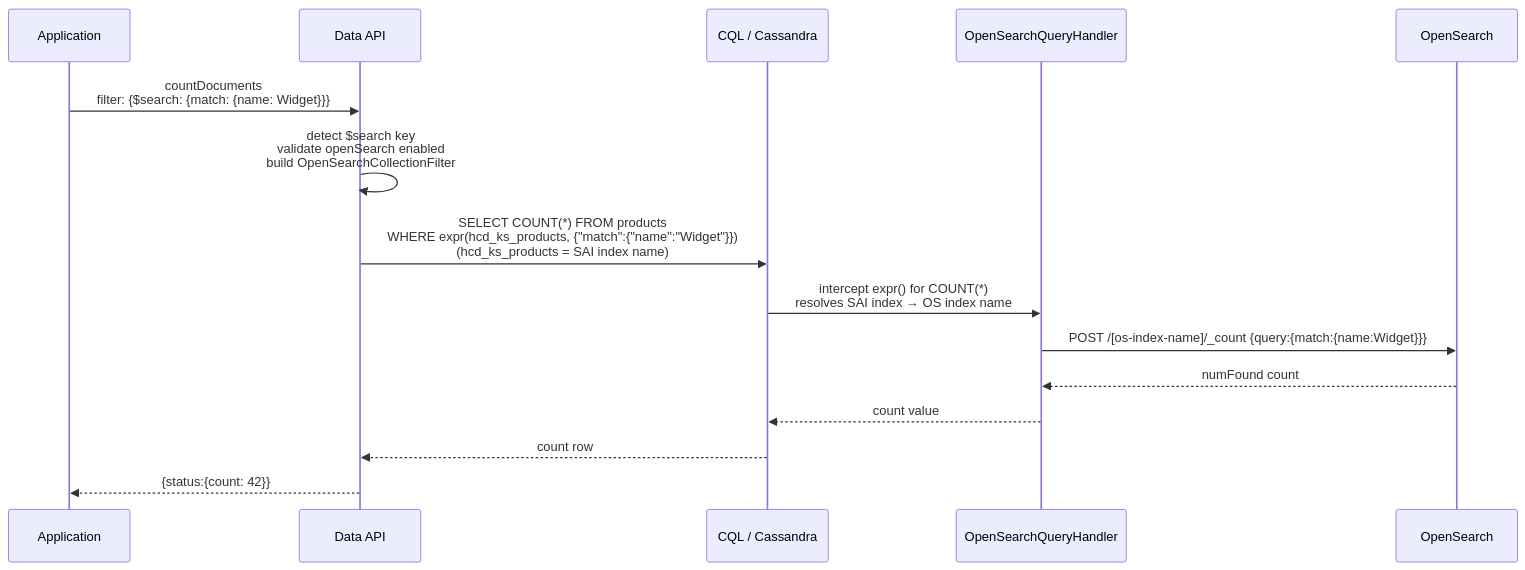
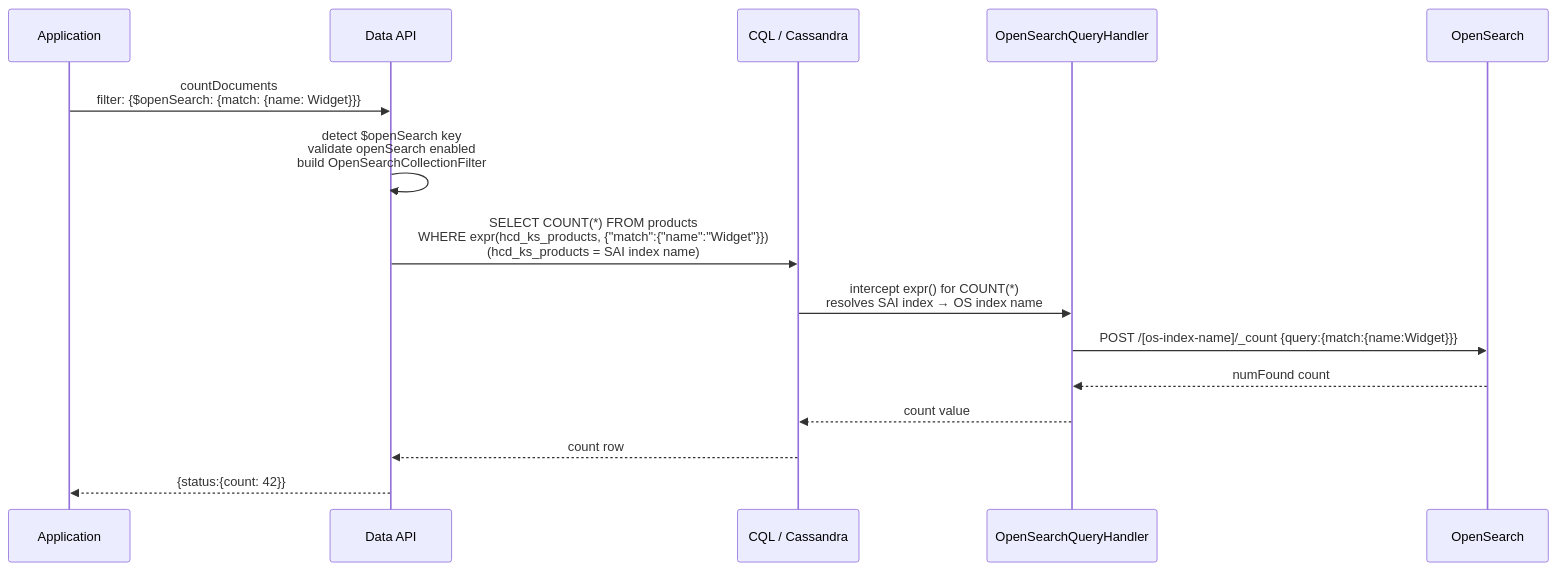
One commit to stargate/data-api changed diagram 13 of 18 in docs/specifications-hcd-to-opensearch-data-api.md. Above: the diagram before and after it, drawn with Mermaid. The commit also changed other lines of this file and 451 other files, not shown here.

Commit message:
OpenSearch suport

````diff
--- a/docs/specifications-hcd-to-opensearch-data-api.md
+++ b/docs/specifications-hcd-to-opensearch-data-api.md
@@ -3009,18 +3563,18 @@
 ```mermaid
 sequenceDiagram
-  participant APP as Application
-  participant API as Data API
-  participant CQL as CQL / Cassandra
-  participant OQH as OpenSearchQueryHandler
-  participant OS as OpenSearch
+    participant APP as Application
+    participant API as Data API
+    participant CQL as CQL / Cassandra
+    participant OQH as OpenSearchQueryHandler
+    participant OS as OpenSearch
 
-  APP->>API: countDocuments<br/>filter: {$search: {match: {name: Widget}}}
-  API->>API: detect $search key<br/>validate openSearch enabled<br/>build OpenSearchCollectionFilter
-  API->>CQL: SELECT COUNT(*) FROM products<br/>WHERE expr(hcd_ks_products, {"match":{"name":"Widget"}})<br/>(hcd_ks_products = SAI index name)
-  CQL->>OQH: intercept expr() for COUNT(*)<br/>resolves SAI index → OS index name
-  OQH->>OS: POST /[os-index-name]/_count {query:{match:{name:Widget}}}
-  OS-->>OQH: numFound count
-  OQH-->>CQL: count value
-  CQL-->>API: count row
-  API-->>APP: {status:{count: 42}}
+    APP->>API: countDocuments<br/>filter: {$openSearch: {match: {name: Widget}}}
+    API->>API: detect $openSearch key<br/>validate openSearch enabled<br/>build OpenSearchCollectionFilter
+    API->>CQL: SELECT COUNT(*) FROM products<br/>WHERE expr(hcd_ks_products, {"match":{"name":"Widget"}})<br/>(hcd_ks_products = SAI index name)
+    CQL->>OQH: intercept expr() for COUNT(*)<br/>resolves SAI index → OS index name
+    OQH->>OS: POST /[os-index-name]/_count {query:{match:{name:Widget}}}
+    OS-->>OQH: numFound count
+    OQH-->>CQL: count value
+    CQL-->>API: count row
+    API-->>APP: {status:{count: 42}}
 ```
````
